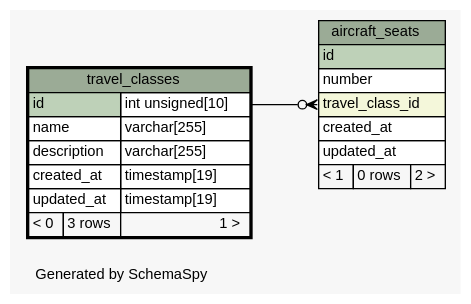
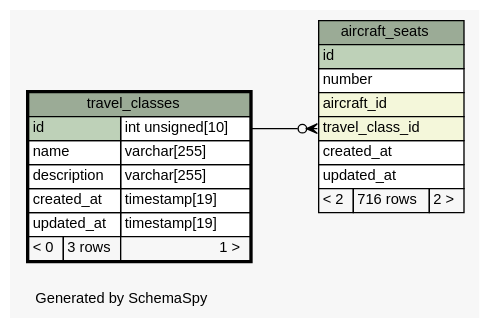
One commit to joaonzangoII/flightbookingsystem changed the diagram in web/app/database/schema/diagrams/travel_classes.1degree.dot. Above: the diagram before and after it, drawn with Graphviz. The commit also changed 149 other files, not shown here.

```diff
--- a/web/app/database/schema/diagrams/travel_classes.1degree.dot
+++ b/web/app/database/schema/diagrams/travel_classes.1degree.dot
@@ -1,51 +1,52 @@
 // dot 2.38.0 on Linux 4.8.0-46-generic
 // SchemaSpy rev 590
 digraph "oneDegreeRelationshipsDiagram" {
   graph [
     rankdir="RL"
     bgcolor="#f7f7f7"
     label="\nGenerated by SchemaSpy"
     labeljust="l"
     nodesep="0.18"
     ranksep="0.46"
     fontname="Helvetica"
     fontsize="11"
   ];
   node [
     fontname="Helvetica"
     fontsize="11"
     shape="plaintext"
   ];
   edge [
     arrowsize="0.8"
   ];
   "aircraft_seats":"travel_class_id":w -> "travel_classes":"id.type":e [arrowhead=none dir=back arrowtail=crowodot];
   "aircraft_seats" [
     label=<
     <TABLE BORDER="0" CELLBORDER="1" CELLSPACING="0" BGCOLOR="#ffffff">
       <TR><TD COLSPAN="3" BGCOLOR="#9bab96" ALIGN="CENTER">aircraft_seats</TD></TR>
       <TR><TD PORT="id" COLSPAN="3" BGCOLOR="#bed1b8" ALIGN="LEFT">id</TD></TR>
       <TR><TD PORT="number" COLSPAN="3" ALIGN="LEFT">number</TD></TR>
+      <TR><TD PORT="aircraft_id" COLSPAN="3" BGCOLOR="#f4f7da" ALIGN="LEFT">aircraft_id</TD></TR>
       <TR><TD PORT="travel_class_id" COLSPAN="3" BGCOLOR="#f4f7da" ALIGN="LEFT">travel_class_id</TD></TR>
       <TR><TD PORT="created_at" COLSPAN="3" ALIGN="LEFT">created_at</TD></TR>
       <TR><TD PORT="updated_at" COLSPAN="3" ALIGN="LEFT">updated_at</TD></TR>
-      <TR><TD ALIGN="LEFT" BGCOLOR="#f7f7f7">&lt; 1</TD><TD ALIGN="RIGHT" BGCOLOR="#f7f7f7">0 rows</TD><TD ALIGN="RIGHT" BGCOLOR="#f7f7f7">2 &gt;</TD></TR>
+      <TR><TD ALIGN="LEFT" BGCOLOR="#f7f7f7">&lt; 2</TD><TD ALIGN="RIGHT" BGCOLOR="#f7f7f7">716 rows</TD><TD ALIGN="RIGHT" BGCOLOR="#f7f7f7">2 &gt;</TD></TR>
     </TABLE>>
     URL="aircraft_seats.html"
     tooltip="aircraft_seats"
   ];
   "travel_classes" [
     label=<
     <TABLE BORDER="2" CELLBORDER="1" CELLSPACING="0" BGCOLOR="#ffffff">
       <TR><TD COLSPAN="3" BGCOLOR="#9bab96" ALIGN="CENTER">travel_classes</TD></TR>
       <TR><TD PORT="id" COLSPAN="2" BGCOLOR="#bed1b8" ALIGN="LEFT">id</TD><TD PORT="id.type" ALIGN="LEFT">int unsigned[10]</TD></TR>
       <TR><TD PORT="name" COLSPAN="2" ALIGN="LEFT">name</TD><TD PORT="name.type" ALIGN="LEFT">varchar[255]</TD></TR>
       <TR><TD PORT="description" COLSPAN="2" ALIGN="LEFT">description</TD><TD PORT="description.type" ALIGN="LEFT">varchar[255]</TD></TR>
       <TR><TD PORT="created_at" COLSPAN="2" ALIGN="LEFT">created_at</TD><TD PORT="created_at.type" ALIGN="LEFT">timestamp[19]</TD></TR>
       <TR><TD PORT="updated_at" COLSPAN="2" ALIGN="LEFT">updated_at</TD><TD PORT="updated_at.type" ALIGN="LEFT">timestamp[19]</TD></TR>
       <TR><TD ALIGN="LEFT" BGCOLOR="#f7f7f7">&lt; 0</TD><TD ALIGN="RIGHT" BGCOLOR="#f7f7f7">3 rows</TD><TD ALIGN="RIGHT" BGCOLOR="#f7f7f7">1 &gt;</TD></TR>
     </TABLE>>
     URL="travel_classes.html"
     tooltip="travel_classes"
   ];
 }
```
